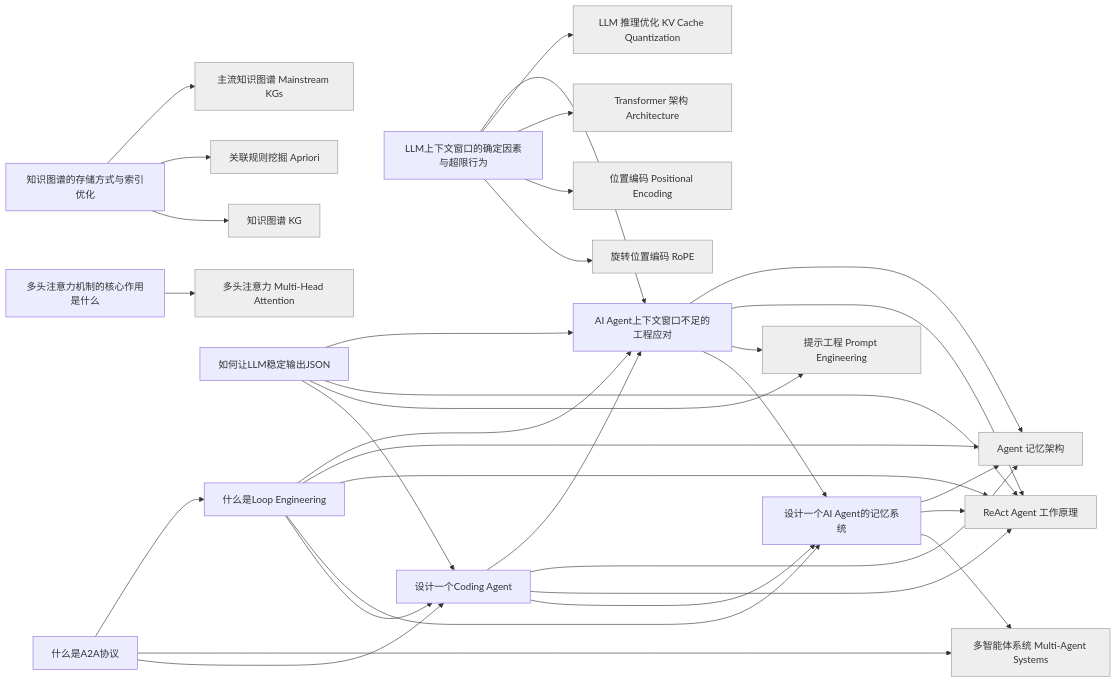
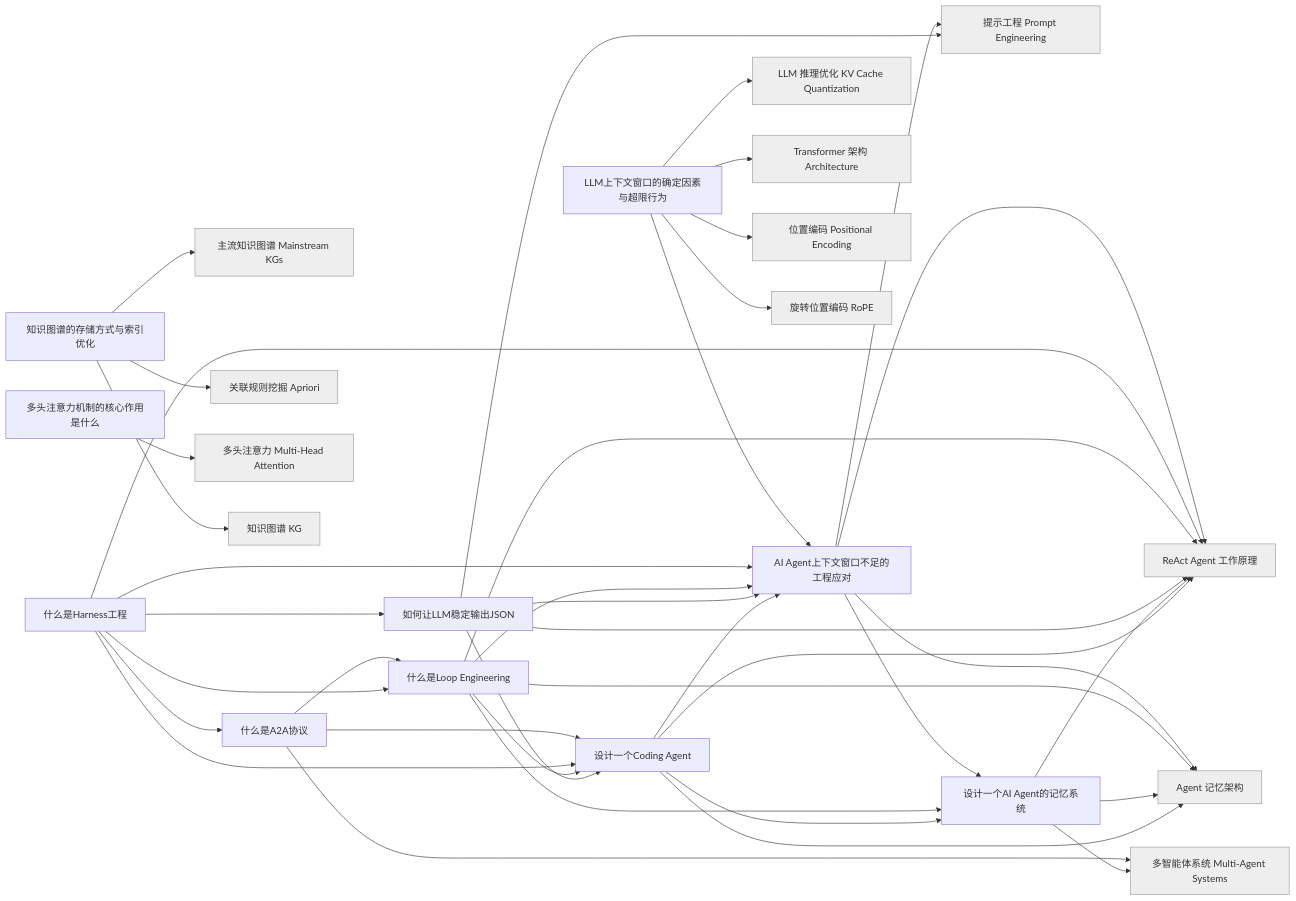
The diagram in interview-graph.md (codingfeng-fufu/radar-loom), drawn with Mermaid before and after one commit. The commit also changed other lines of this file and 4 other files, not shown here.

````diff
--- a/interview-graph.md
+++ b/interview-graph.md
@@ -5,57 +5,64 @@
 ```mermaid
 graph LR
     AI_Agent上下文窗口不足的工程应对["AI Agent上下文窗口不足的工程应对"]
     Agent_记忆架构["Agent 记忆架构"]:::ext
     LLM_推理优化_KV_Cache_Quantization["LLM 推理优化 KV Cache Quantization"]:::ext
     LLM上下文窗口的确定因素与超限行为["LLM上下文窗口的确定因素与超限行为"]
     ReAct_Agent_工作原理["ReAct Agent 工作原理"]:::ext
     Transformer_架构_Architecture["Transformer 架构 Architecture"]:::ext
     主流知识图谱_Mainstream_KGs["主流知识图谱 Mainstream KGs"]:::ext
     什么是A2A协议["什么是A2A协议"]
+    什么是Harness工程["什么是Harness工程"]
     什么是Loop_Engineering["什么是Loop Engineering"]
     位置编码_Positional_Encoding["位置编码 Positional Encoding"]:::ext
     关联规则挖掘_Apriori["关联规则挖掘 Apriori"]:::ext
     多头注意力_Multi_Head_Attention["多头注意力 Multi-Head Attention"]:::ext
     多头注意力机制的核心作用是什么["多头注意力机制的核心作用是什么"]
     多智能体系统_Multi_Agent_Systems["多智能体系统 Multi-Agent Systems"]:::ext
     如何让LLM稳定输出JSON["如何让LLM稳定输出JSON"]
     提示工程_Prompt_Engineering["提示工程 Prompt Engineering"]:::ext
     旋转位置编码_RoPE["旋转位置编码 RoPE"]:::ext
     知识图谱_KG["知识图谱 KG"]:::ext
     知识图谱的存储方式与索引优化["知识图谱的存储方式与索引优化"]
     设计一个AI_Agent的记忆系统["设计一个AI Agent的记忆系统"]
     设计一个Coding_Agent["设计一个Coding Agent"]
     AI_Agent上下文窗口不足的工程应对 --> Agent_记忆架构
     AI_Agent上下文窗口不足的工程应对 --> ReAct_Agent_工作原理
     AI_Agent上下文窗口不足的工程应对 --> 提示工程_Prompt_Engineering
     AI_Agent上下文窗口不足的工程应对 --> 设计一个AI_Agent的记忆系统
     LLM上下文窗口的确定因素与超限行为 --> AI_Agent上下文窗口不足的工程应对
     LLM上下文窗口的确定因素与超限行为 --> LLM_推理优化_KV_Cache_Quantization
     LLM上下文窗口的确定因素与超限行为 --> Transformer_架构_Architecture
     LLM上下文窗口的确定因素与超限行为 --> 位置编码_Positional_Encoding
     LLM上下文窗口的确定因素与超限行为 --> 旋转位置编码_RoPE
     什么是A2A协议 --> 什么是Loop_Engineering
     什么是A2A协议 --> 多智能体系统_Multi_Agent_Systems
     什么是A2A协议 --> 设计一个Coding_Agent
+    什么是Harness工程 --> AI_Agent上下文窗口不足的工程应对
+    什么是Harness工程 --> ReAct_Agent_工作原理
+    什么是Harness工程 --> 什么是A2A协议
+    什么是Harness工程 --> 什么是Loop_Engineering
+    什么是Harness工程 --> 如何让LLM稳定输出JSON
+    什么是Harness工程 --> 设计一个Coding_Agent
     什么是Loop_Engineering --> AI_Agent上下文窗口不足的工程应对
     什么是Loop_Engineering --> Agent_记忆架构
     什么是Loop_Engineering --> ReAct_Agent_工作原理
     什么是Loop_Engineering --> 设计一个AI_Agent的记忆系统
     什么是Loop_Engineering --> 设计一个Coding_Agent
     多头注意力机制的核心作用是什么 --> 多头注意力_Multi_Head_Attention
     如何让LLM稳定输出JSON --> AI_Agent上下文窗口不足的工程应对
     如何让LLM稳定输出JSON --> ReAct_Agent_工作原理
     如何让LLM稳定输出JSON --> 提示工程_Prompt_Engineering
     如何让LLM稳定输出JSON --> 设计一个Coding_Agent
     知识图谱的存储方式与索引优化 --> 主流知识图谱_Mainstream_KGs
     知识图谱的存储方式与索引优化 --> 关联规则挖掘_Apriori
     知识图谱的存储方式与索引优化 --> 知识图谱_KG
     设计一个AI_Agent的记忆系统 --> Agent_记忆架构
     设计一个AI_Agent的记忆系统 --> ReAct_Agent_工作原理
     设计一个AI_Agent的记忆系统 --> 多智能体系统_Multi_Agent_Systems
     设计一个Coding_Agent --> AI_Agent上下文窗口不足的工程应对
     设计一个Coding_Agent --> Agent_记忆架构
     设计一个Coding_Agent --> ReAct_Agent_工作原理
     设计一个Coding_Agent --> 设计一个AI_Agent的记忆系统
     classDef ext fill:#eee,stroke:#999;
 ```
````
